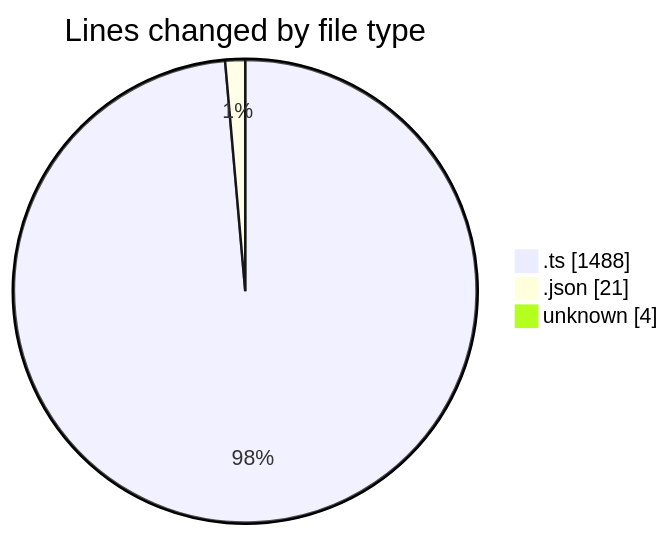
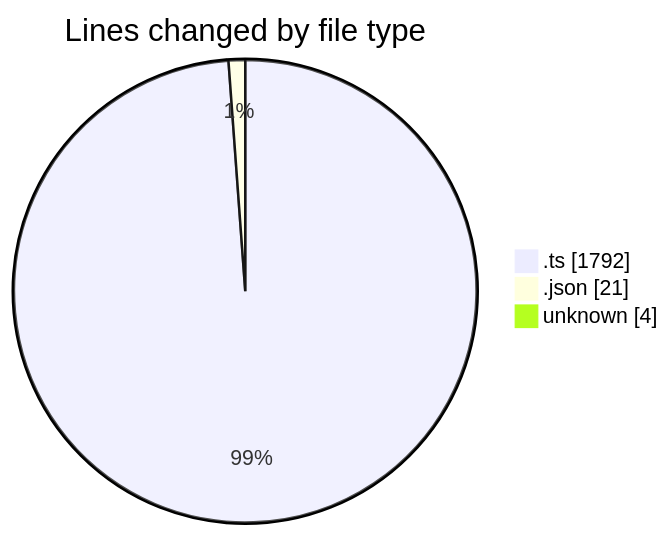
Before and after one commit to tmsrecording-cyber/code-tracking: the first of 2 diagrams in 2026-02-03/singularitybrainai/README.md, drawn with Mermaid. The commit also changed other lines of this file and 1 other file, not shown here.

````diff
--- a/2026-02-03/singularitybrainai/README.md
+++ b/2026-02-03/singularitybrainai/README.md
@@ -23,7 +23,7 @@
 ```mermaid
 pie showData
 title Lines changed by file type
-".ts" : 1488
+".ts" : 1792
 ".json" : 21
 "unknown" : 4
 ```
````
